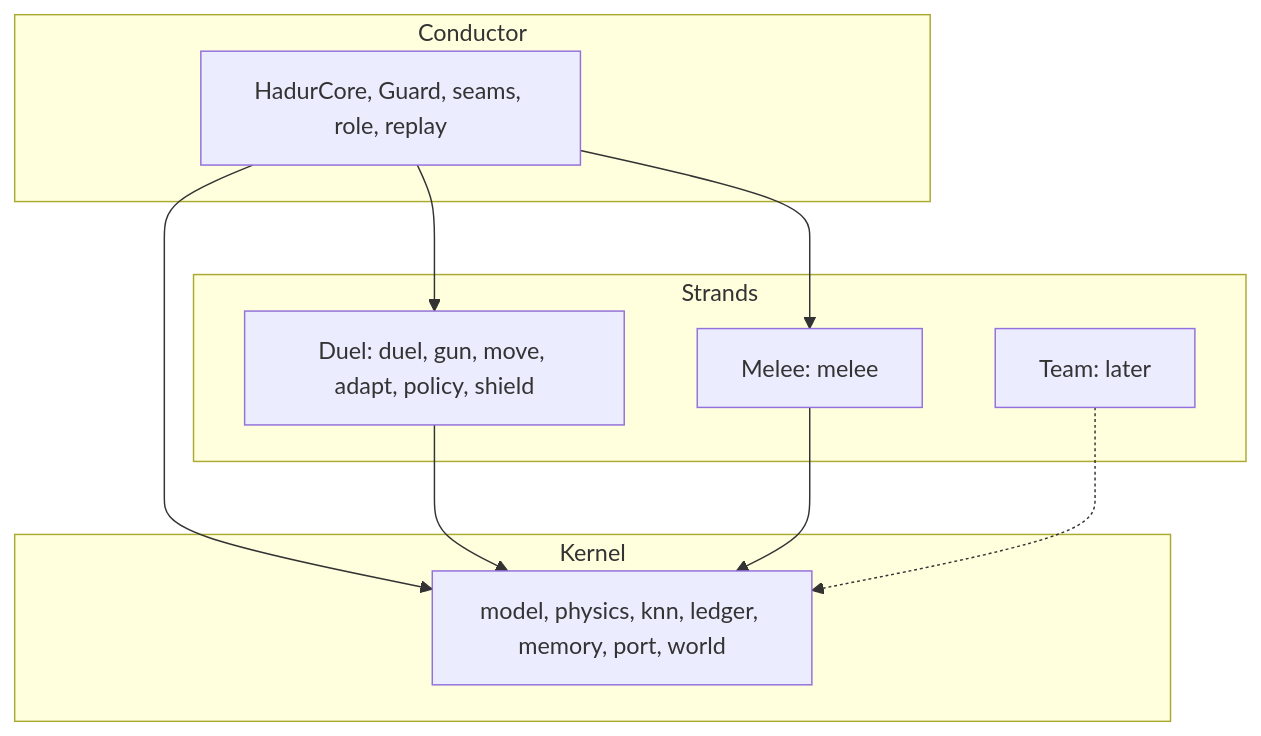
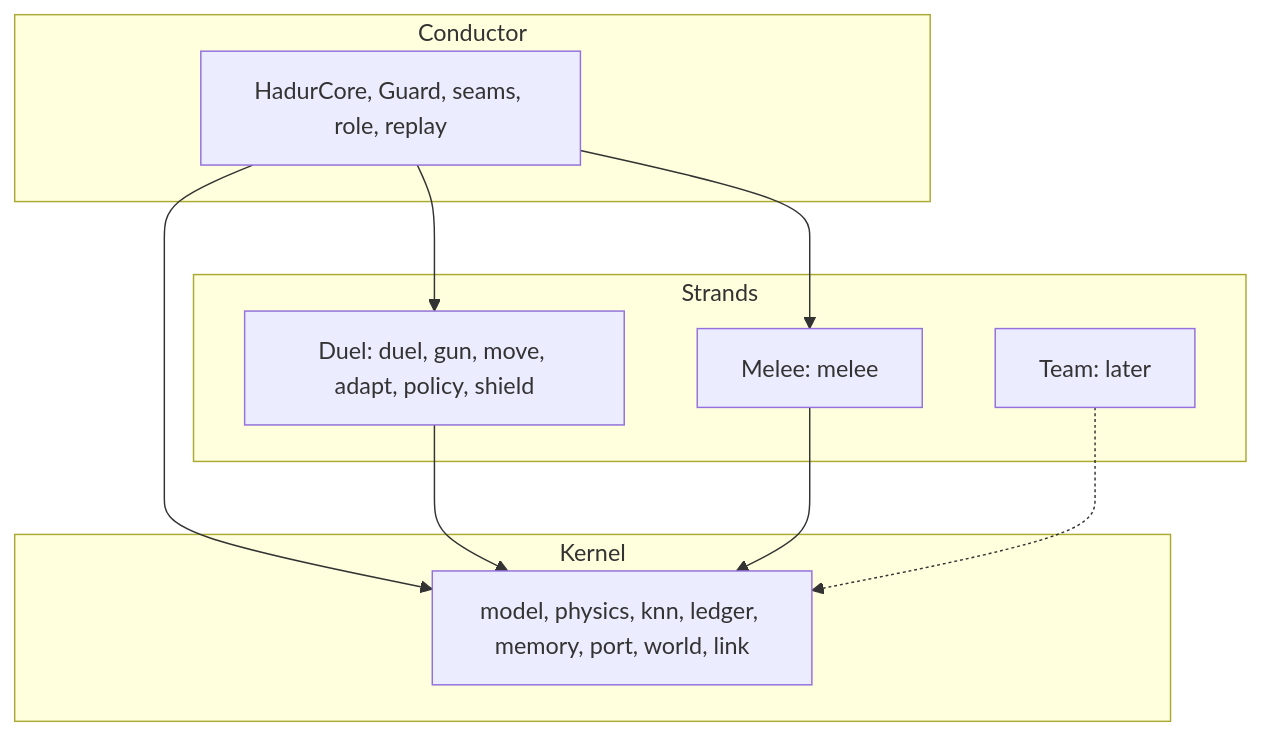
One commit to lgriffin/Hadur_Robot changed the second of 2 diagrams in docs/architecture.md. Above: the diagram before and after it, drawn with Mermaid. The commit also changed other lines of this file and 29 other files, not shown here.

````diff
--- a/docs/architecture.md
+++ b/docs/architecture.md
@@ -159,20 +160,20 @@
 ```mermaid
 graph TB
     subgraph Conductor
         HC[HadurCore, Guard, seams, role, replay]
     end
     subgraph Strands
         D[Duel: duel, gun, move, adapt, policy, shield]
         M[Melee: melee]
         T[Team: later]
     end
     subgraph Kernel
-        K[model, physics, knn, ledger, memory, port, world]
+        K[model, physics, knn, ledger, memory, port, world, link]
     end
     HC --> D
     HC --> M
     HC --> K
     D --> K
     M --> K
     T -.-> K
 ```
````
